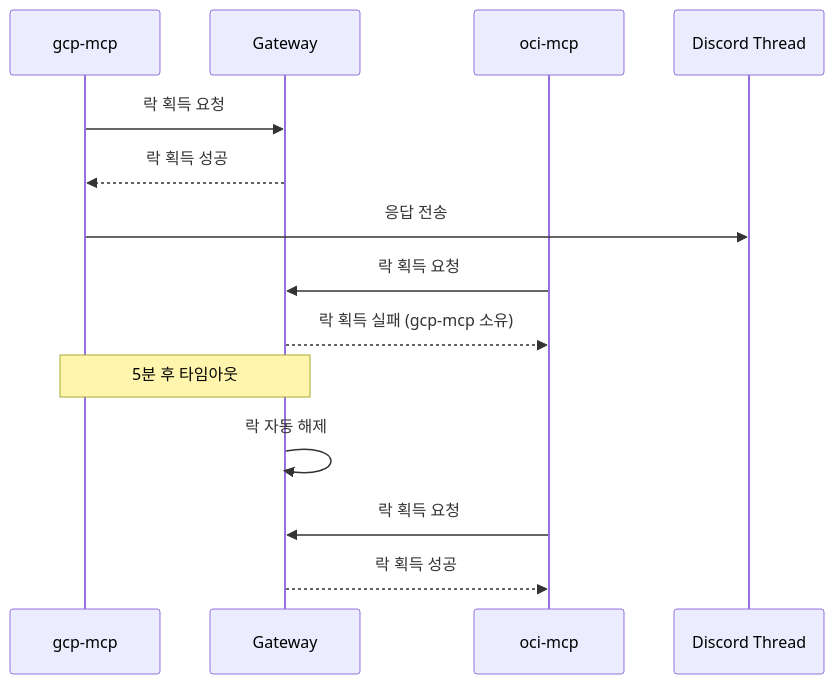
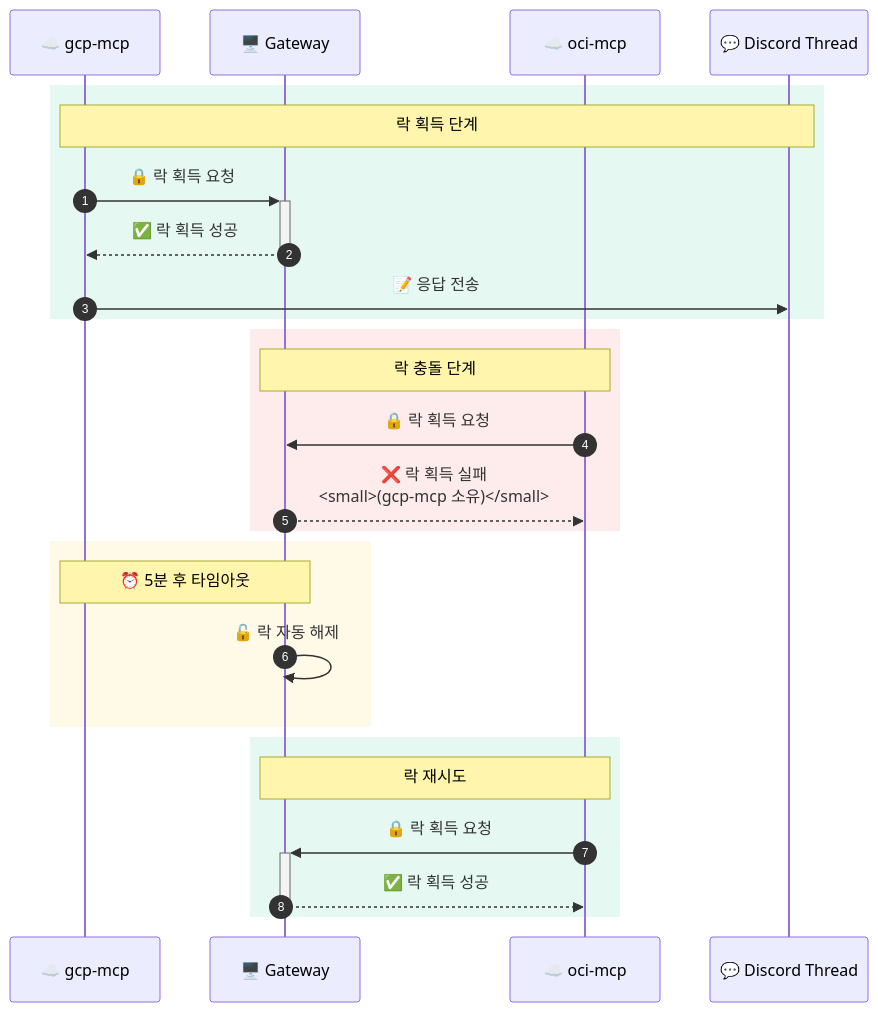
One commit to yarang/blogs changed the fifth of 8 diagrams in content/ko/post/2026-03-01-013-discord-gateway-mcp-아키텍처-설계.md. Above: the diagram before and after it, drawn with Mermaid. The commit also changed other lines of this file and 4 other files, not shown here.

First line of the commit message:
Upgrade Mermaid diagrams with enhanced styling

````diff
--- a/content/ko/post/2026-03-01-013-discord-gateway-mcp-아키텍처-설계.md
+++ b/content/ko/post/2026-03-01-013-discord-gateway-mcp-아키텍처-설계.md
@@ -232,20 +266,32 @@
 ```mermaid
 sequenceDiagram
-    participant MCP1 as gcp-mcp
-    participant Gateway as Gateway
-    participant MCP2 as oci-mcp
-    participant Discord as Discord Thread
+    autonumber
+    participant MCP1 as ☁️ gcp-mcp
+    participant Gateway as 🖥️ Gateway
+    participant MCP2 as ☁️ oci-mcp
+    participant Discord as 💬 Discord Thread
 
-    MCP1->>Gateway: 락 획득 요청
-    Gateway-->>MCP1: 락 획득 성공
-    MCP1->>Discord: 응답 전송
+    rect rgb(16, 185, 129, 0.1)
+        Note over MCP1,Discord: 락 획득 단계
+        MCP1->>+Gateway: 🔒 락 획득 요청
+        Gateway-->>-MCP1: ✅ 락 획득 성공
+        MCP1->>Discord: 📝 응답 전송
+    end
 
-    MCP2->>Gateway: 락 획득 요청
-    Gateway-->>MCP2: 락 획득 실패 (gcp-mcp 소유)
+    rect rgb(239, 68, 68, 0.1)
+        Note over MCP2,Gateway: 락 충돌 단계
+        MCP2->>Gateway: 🔒 락 획득 요청
+        Gateway-->>MCP2: ❌ 락 획득 실패<br/><small>(gcp-mcp 소유)</small>
+    end
 
-    Note over MCP1,Gateway: 5분 후 타임아웃
+    rect rgb(251, 191, 36, 0.1)
+        Note over MCP1,Gateway: ⏰ 5분 후 타임아웃
+        Gateway->>Gateway: 🔓 락 자동 해제
+    end
 
-    Gateway->>Gateway: 락 자동 해제
-    MCP2->>Gateway: 락 획득 요청
-    Gateway-->>MCP2: 락 획득 성공
+    rect rgb(16, 185, 129, 0.1)
+        Note over MCP2,Gateway: 락 재시도
+        MCP2->>+Gateway: 🔒 락 획득 요청
+        Gateway-->>-MCP2: ✅ 락 획득 성공
+    end
 ```
````
